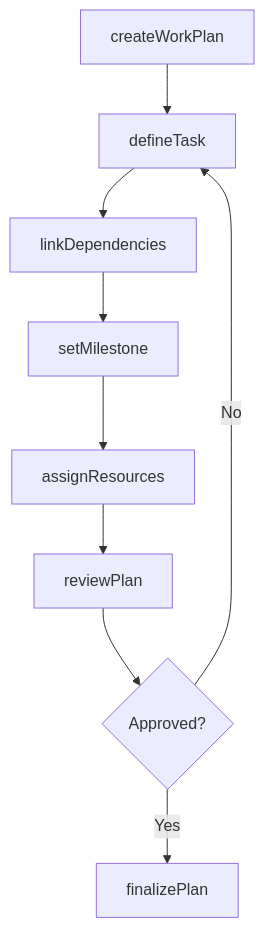
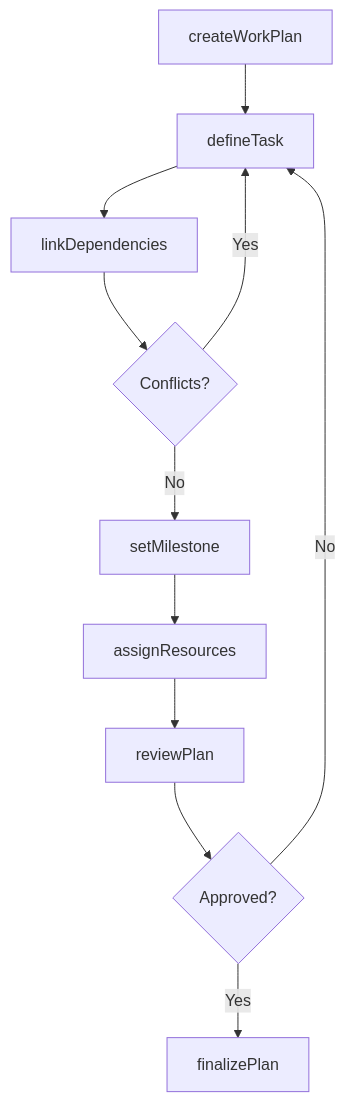
The third of 4 diagrams in OrganizingPlanningAndPrioritizingWork/PlanWorkActivities/PrepareDetailedWorkPlans.mdx (dot-org-ai/tasks.org.ai), drawn with Mermaid before and after one commit. The commit also changed other lines of this file and 266 other files, not shown here.

First line of the commit message:
feat: Add ER diagrams, state diagrams to wave 2 batch (251 DWA files)

````diff
--- a/OrganizingPlanningAndPrioritizingWork/PlanWorkActivities/PrepareDetailedWorkPlans.mdx
+++ b/OrganizingPlanningAndPrioritizingWork/PlanWorkActivities/PrepareDetailedWorkPlans.mdx
@@ -86,11 +115,13 @@
 ```mermaid
 graph TD
     A[createWorkPlan] --> B[defineTask]
     B --> C[linkDependencies]
-    C --> D[setMilestone]
-    D --> E[assignResources]
-    E --> F[reviewPlan]
-    F --> G{Approved?}
-    G -->|No| B
-    G -->|Yes| H[finalizePlan]
+    C --> D{Conflicts?}
+    D -->|Yes| B
+    D -->|No| E[setMilestone]
+    E --> F[assignResources]
+    F --> G[reviewPlan]
+    G --> H{Approved?}
+    H -->|No| B
+    H -->|Yes| I[finalizePlan]
 ```
````
